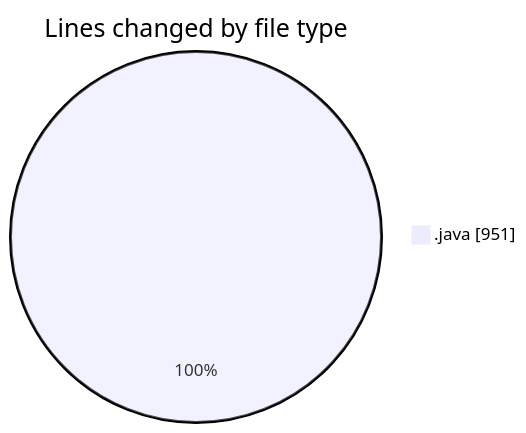
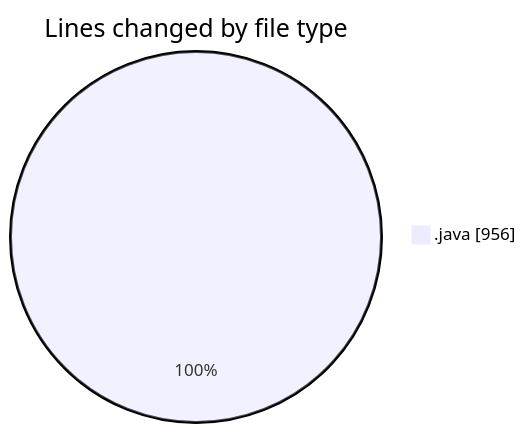
The first of 2 diagrams in 2025-04-03/projet_de_base/README.md (CELIANVF/code-tracking), drawn with Mermaid before and after one commit. The commit also changed other lines of this file and 1 other file, not shown here.

````diff
--- a/2025-04-03/projet_de_base/README.md
+++ b/2025-04-03/projet_de_base/README.md
@@ -25,5 +25,5 @@
 ```mermaid
 pie showData
 title Lines changed by file type
-".java" : 951
+".java" : 956
 ```
````
